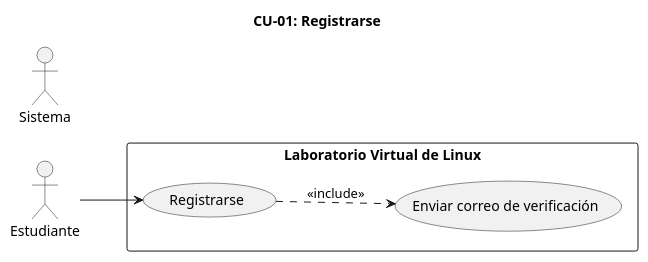
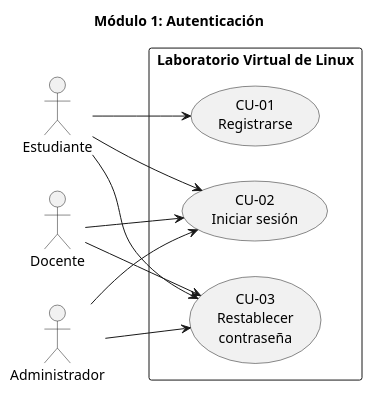
One commit to LinuxLab-UFPS/LinuxLab changed the first of 35 diagrams in docs/annexes/cu-especificacion.md. Above: the diagram before and after it, drawn with PlantUML. The commit also changed other lines of this file and 1 other file, not shown here.

Commit message:
feat: add detailed use case specifications and diagrams for modules 1 to 8

````diff
--- a/docs/annexes/cu-especificacion.md
+++ b/docs/annexes/cu-especificacion.md
@@ -43,19 +53,26 @@
 ```plantuml
 @startuml
 left to right direction
 
-title CU-01: Registrarse
+title Módulo 1: Autenticación
 
 rectangle "Laboratorio Virtual de Linux" {
-  usecase "Registrarse" as UC01
-  usecase "Enviar correo de verificación" as UC01a
+  usecase "CU-01\nRegistrarse" as M1UC01
+  usecase "CU-02\nIniciar sesión" as M1UC02
+  usecase "CU-03\nRestablecer\ncontraseña" as M1UC03
 }
 
 actor "Estudiante" as Est
-actor "Sistema" as Sys
+actor "Docente" as Doc
+actor "Administrador" as Admin
 
-Est --> UC01
-UC01 ..> UC01a : <<include>>
+Est --> M1UC01
+Est --> M1UC02
+Est --> M1UC03
+Doc --> M1UC02
+Doc --> M1UC03
+Admin --> M1UC02
+Admin --> M1UC03
 
 @enduml
 ```
````
